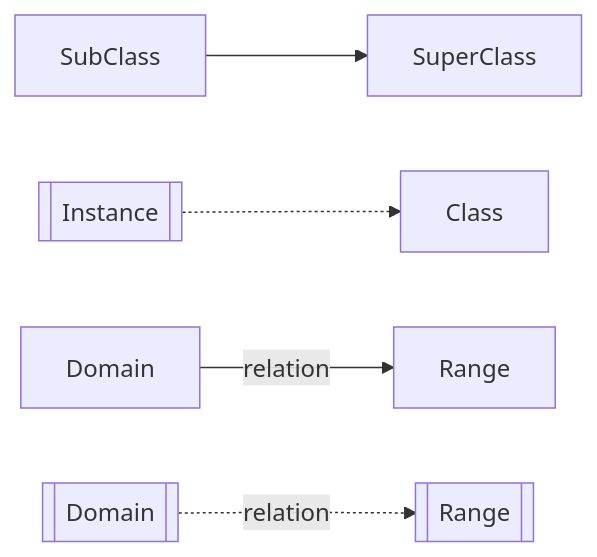
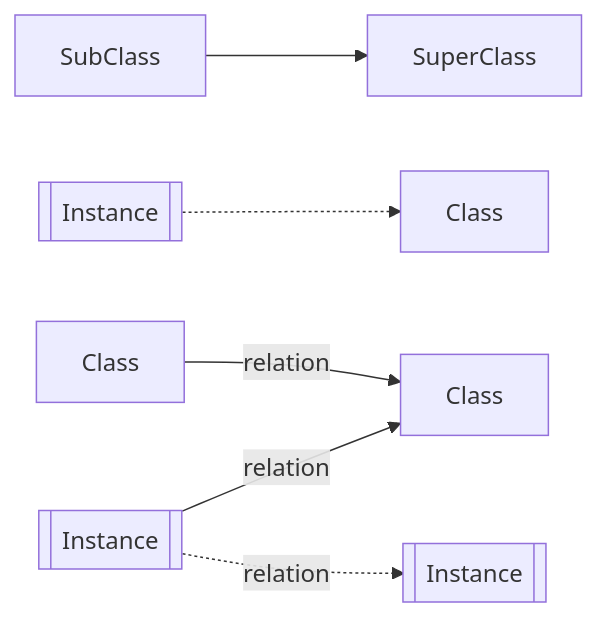
One commit to cambridge-cares/TheWorldAvatar changed the second of 7 diagrams in JPS_Ontology/ontology/ontoprofile/README.MD. Above: the diagram before and after it, drawn with Mermaid. The commit also changed other lines of this file, not shown here.

Commit message:
dev-service-execution-ontology-extension: update ontology diagram legend

````diff
--- a/JPS_Ontology/ontology/ontoprofile/README.MD
+++ b/JPS_Ontology/ontology/ontoprofile/README.MD
@@ -42,7 +42,8 @@
 ```mermaid
 flowchart LR
     subclass[SubClass] --> superclass[SuperClass]
     instance[[Instance]] -.-> clazz[Class]
-    Domain -- relation --> Range
-    domainInst[[Domain]] -. relation .-> rangeInst[[Range]]
+    domainClazz[Class] -- relation --> rangeClazz[Class]
+    domainInst[[Instance]] -- relation --> rangeClazz[Class]
+    domainInst -. relation .-> rangeInst[[Instance]]
 ```
````
